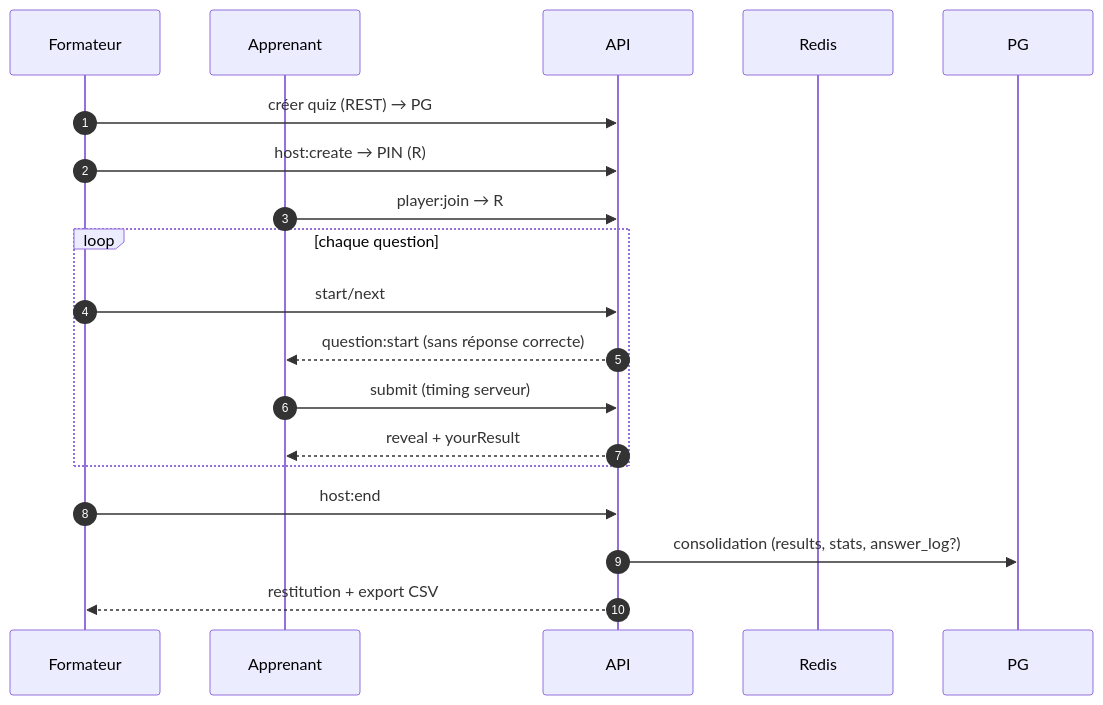
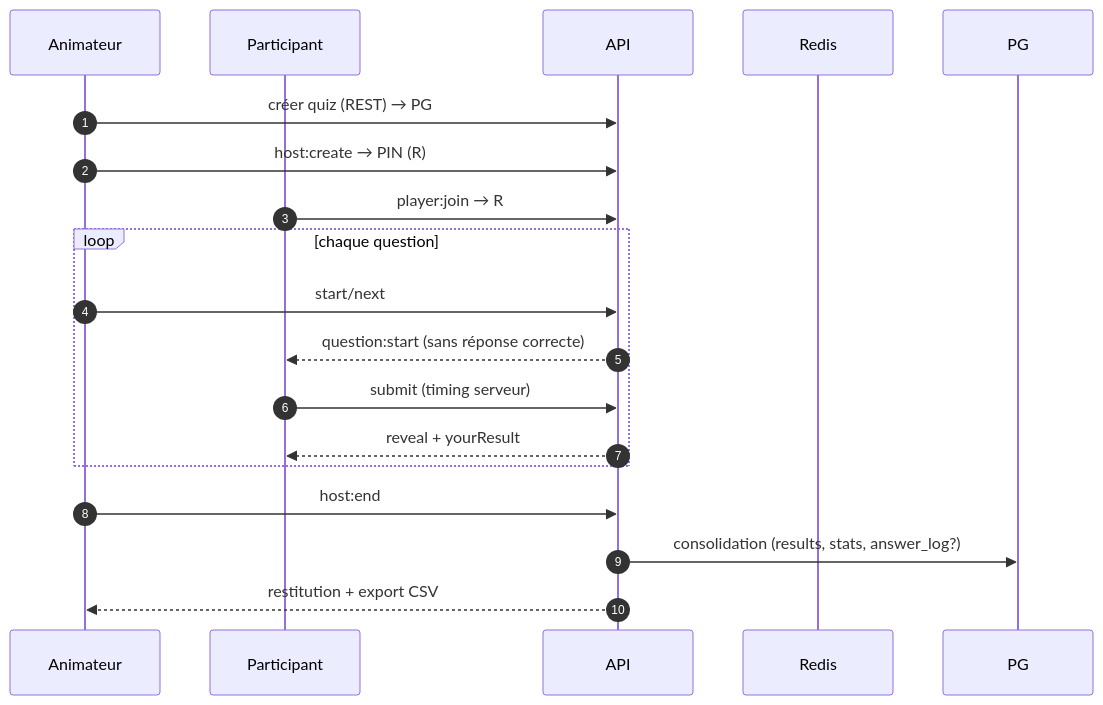
The seventh of 7 diagrams in specifications/SPECIFICATIONS-SEQUENCES.md (quizdock/quiz-dock), drawn with Mermaid before and after one commit. The commit also changed other lines of this file and 30 other files, not shown here.

````diff
--- a/specifications/SPECIFICATIONS-SEQUENCES.md
+++ b/specifications/SPECIFICATIONS-SEQUENCES.md
@@ -199,22 +199,22 @@
 ```mermaid
 sequenceDiagram
     autonumber
-    participant F as Formateur
-    participant A as Apprenant
+    participant F as Animateur
+    participant A as Participant
     participant API as API
     participant R as Redis
     participant PG as PG
 
     F->>API: créer quiz (REST) → PG
     F->>API: host:create → PIN (R)
     A->>API: player:join → R
     loop chaque question
         F->>API: start/next
         API-->>A: question:start (sans réponse correcte)
         A->>API: submit (timing serveur)
         API-->>A: reveal + yourResult
     end
     F->>API: host:end
     API->>PG: consolidation (results, stats, answer_log?)
     API-->>F: restitution + export CSV
 ```
````
